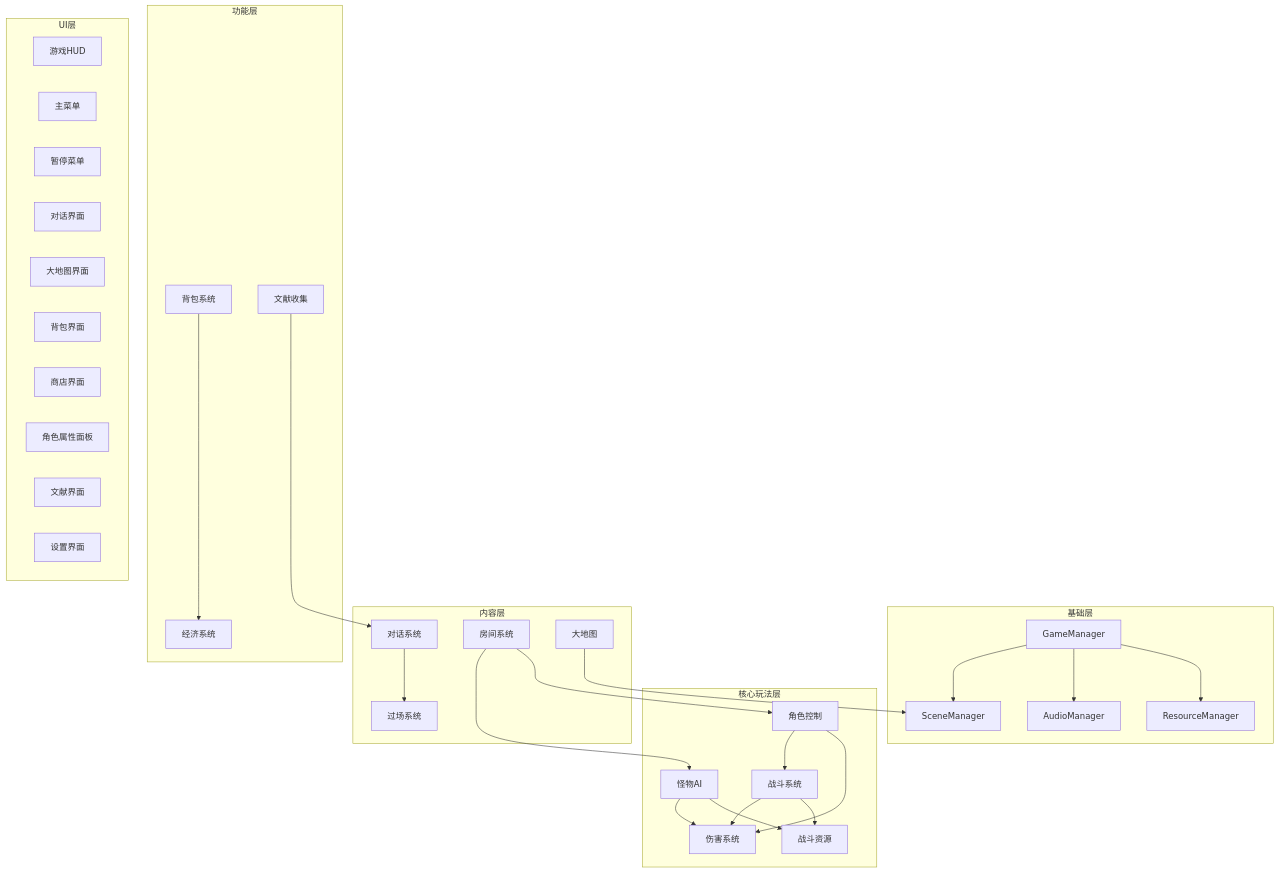
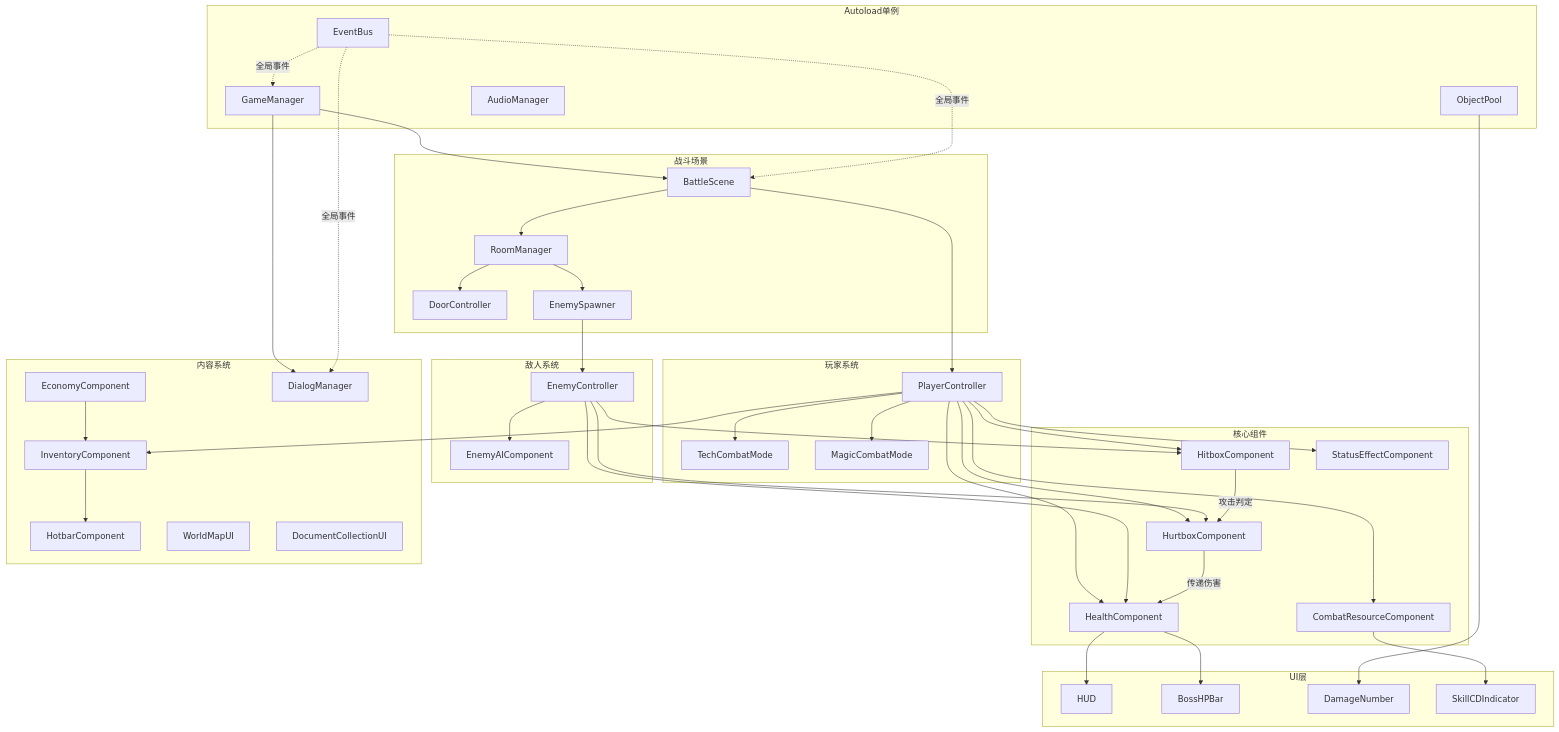
Before and after one commit to CrazyJinn/AllCopper: the diagram in 10_解决方案设计/需求分析文档.md, drawn with Mermaid. The commit also changed other lines of this file and 360 other files, not shown here.

````diff
--- a/10_解决方案设计/需求分析文档.md
+++ b/10_解决方案设计/需求分析文档.md
@@ -7,62 +47,68 @@
 ```mermaid
-graph TD
-    subgraph 基础层
+graph TB
+    subgraph Autoload单例
+        EB[EventBus]
         GM[GameManager]
-        SM[SceneManager]
+        OP[ObjectPool]
         AM[AudioManager]
-        RM[ResourceManager]
     end
 
-    subgraph 核心玩法层
-        CC[角色控制]
-        BS[战斗系统]
-        DS[伤害系统]
-        MA[怪物AI]
-        BR[战斗资源]
+    subgraph 核心组件
+        HC[HealthComponent]
+        HBX[HitboxComponent]
+        HUB[HurtboxComponent]
+        CRC[CombatResourceComponent]
+        SEC[StatusEffectComponent]
     end
 
-    subgraph 内容层
-        DL[对话系统]
-        RM_S[房间系统]
-        WM[大地图]
-        CS[过场系统]
+    subgraph 玩家系统
+        PC[PlayerController]
+        TCM[TechCombatMode]
+        MCM[MagicCombatMode]
     end
 
-    subgraph 功能层
-        IV[背包系统]
-        EC[经济系统]
-        DC[文献收集]
+    subgraph 敌人系统
+        EC[EnemyController]
+        AI[EnemyAIComponent]
+    end
+
+    subgraph 战斗场景
+        BS[BattleScene]
+        RM[RoomManager]
+        DC[DoorController]
+        ES[EnemySpawner]
+    end
+
+    subgraph 内容系统
+        IC[InventoryComponent]
+        HBC[HotbarComponent]
+        EC2[EconomyComponent]
+        DM[DialogManager]
+        WM[WorldMapUI]
+        DOC[DocumentCollectionUI]
     end
 
     subgraph UI层
-        HUD[游戏HUD]
-        MM[主菜单]
-        PM[暂停菜单]
-        DUI[对话界面]
-        WUI[大地图界面]
-        IUI[背包界面]
-        SUI[商店界面]
-        AUI[角色属性面板]
-        LIT[文献界面]
-        SET[设置界面]
+        HUD[HUD]
+        BHP[BossHPBar]
+        DN[DamageNumber]
+        SCI[SkillCDIndicator]
     end
 
-    GM --> SM
-    GM --> AM
-    GM --> RM
-
-    CC --> BS
-    CC --> DS
-    BS --> DS
-    BS --> BR
-    MA --> DS
-    MA --> BR
-
-    DL --> CS
-    RM_S --> MA
-    RM_S --> CC
-    WM --> SM
-
-    IV --> EC
-    DC --> DL
+    PC --> HC & HBX & HUB & CRC & SEC
+    PC --> TCM & MCM
+    EC --> HC & HBX & HUB & AI
+    HBX -->|攻击判定| HUB
+    HUB -->|传递伤害| HC
+    HC --> HUD & BHP
+    CRC --> SCI
+    BS --> RM & PC
+    RM --> ES & DC
+    ES --> EC
+    PC --> IC
+    IC --> HBC
+    EC2 --> IC
+    GM --> BS & DM
+    OP --> DN
+    EB -.->|全局事件| GM & DM & BS
 ```
````
